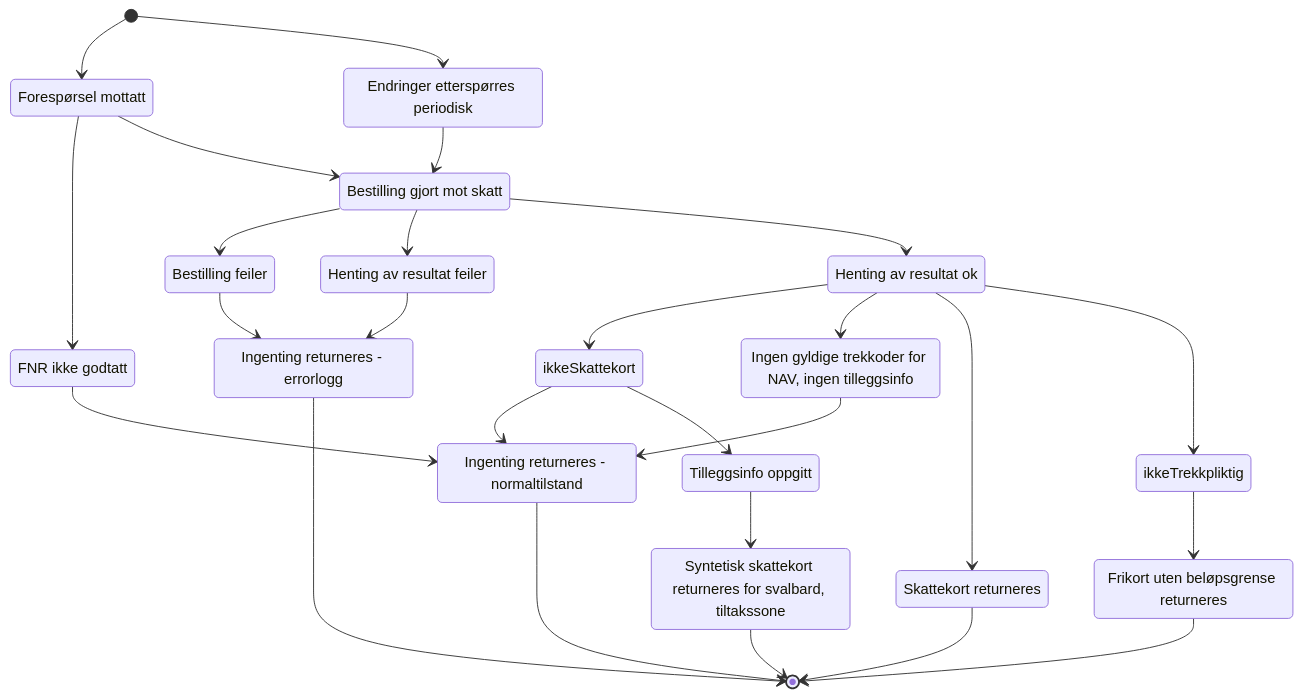
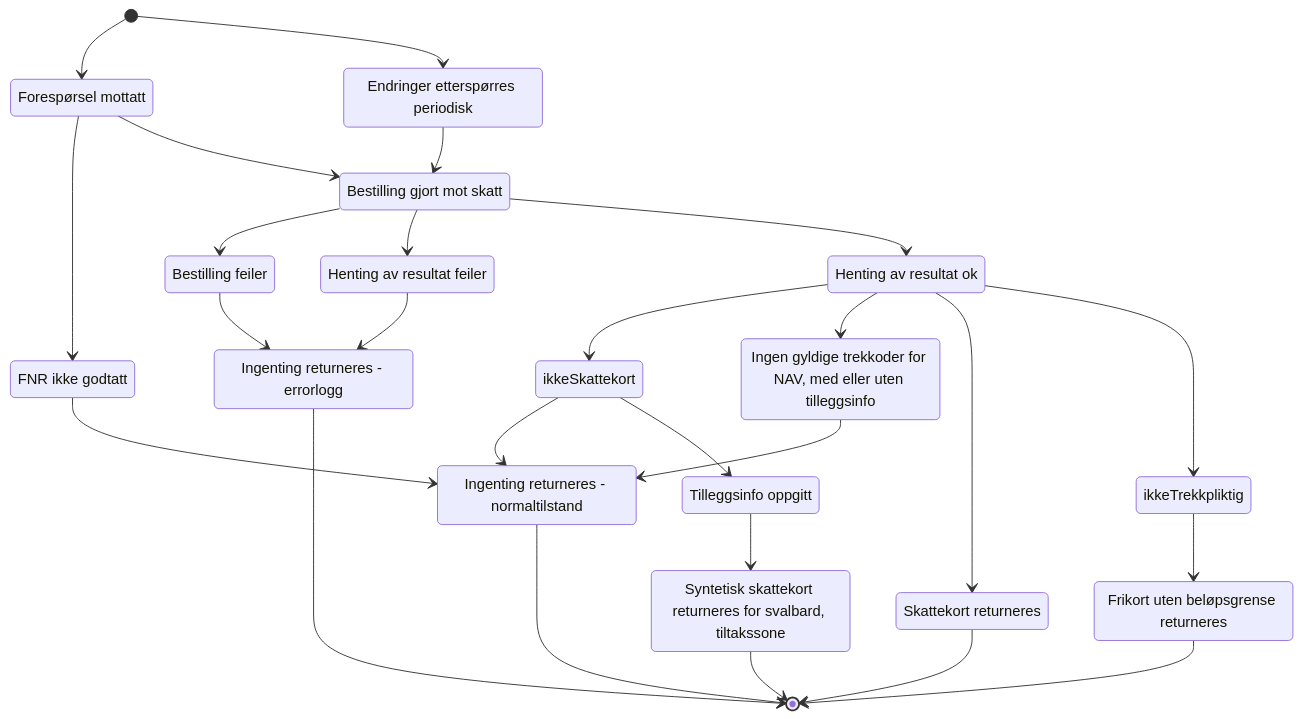
The diagram in dokumentasjon/arkitektur/returer.md (navikt/sokos-skattekort), drawn with Mermaid before and after one commit.

Commit message:
TOB-5751: Dokumentasjon av resultatmatrise

````diff
--- a/dokumentasjon/arkitektur/returer.md
+++ b/dokumentasjon/arkitektur/returer.md
@@ -3,45 +3,45 @@
 ```mermaid
 stateDiagram-v2
     state "Forespørsel mottatt" as fm
     state "Endringer etterspørres periodisk" as endring
     state "FNR ikke godtatt" as not_fnr
-    state "Ingenting returneres - normaltilstand" as ok
+    state "Ingenting returneres - normaltilstand" as tomt_normal
     state "Bestilling gjort mot skatt" as best_sendt
     state "Bestilling feiler" as best_feiler
     state "Ingenting returneres - errorlogg" as error
     state "Henting av resultat feiler" as henting_feiler
     state "Henting av resultat ok" as henting_ok
-    state "Ingen gyldige trekkoder for NAV, ingen tilleggsinfo" as tomt_uten_tillegg
+    state "Ingen gyldige trekkoder for NAV, med eller uten tilleggsinfo" as tomt_kanskje_tillegg
     state "ikkeSkattekort" as ikkeSkattekort
     state "ikkeTrekkpliktig" as ikkeTrekkplikt
     state "Tilleggsinfo oppgitt" as tomt_med_tillegg
     state "Syntetisk skattekort returneres for svalbard, tiltakssone" as synt
     state "Frikort uten beløpsgrense returneres" as synt_frikort
     state "Skattekort returneres" as retur
 
     [*] --> fm
     [*] --> endring
     endring --> best_sendt
     fm --> not_fnr
-    not_fnr --> ok
+    not_fnr --> tomt_normal
     fm --> best_sendt
     best_sendt --> best_feiler
     best_feiler --> error
     best_sendt --> henting_feiler
     henting_feiler --> error
     best_sendt --> henting_ok
     henting_ok --> ikkeSkattekort
-    ikkeSkattekort --> ok
-    henting_ok --> tomt_uten_tillegg
-    tomt_uten_tillegg --> ok
+    ikkeSkattekort --> tomt_normal
+    henting_ok --> tomt_kanskje_tillegg
+    tomt_kanskje_tillegg --> tomt_normal
     ikkeSkattekort --> tomt_med_tillegg
     tomt_med_tillegg --> synt
     henting_ok --> retur
     henting_ok --> ikkeTrekkplikt
     ikkeTrekkplikt --> synt_frikort
-    ok --> [*]
+    tomt_normal --> [*]
     error --> [*]
     retur --> [*]
     synt --> [*]
     synt_frikort --> [*]
 ```
````
